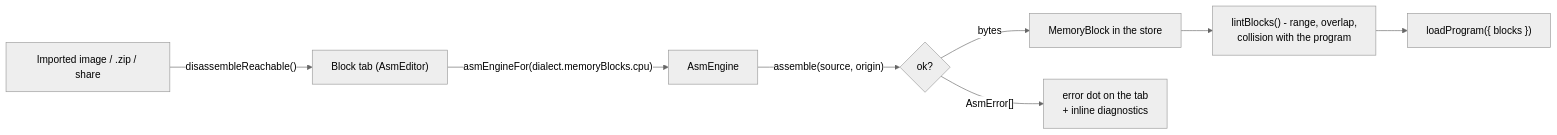
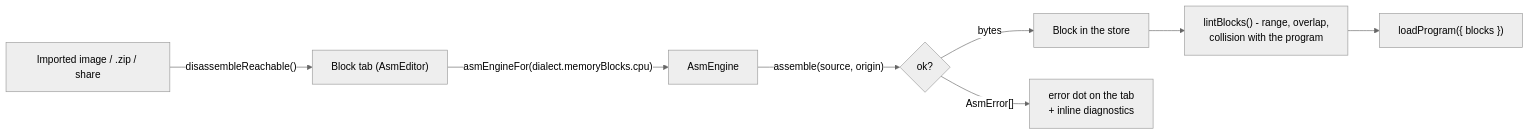
Before and after one commit to seanhodges/basically: the sixth of 9 diagrams in docs/contributing/architecture.md, drawn with Mermaid (neutral theme). The commit also changed other lines of this file and 18 other files, not shown here.

````diff
--- a/docs/contributing/architecture.md
+++ b/docs/contributing/architecture.md
@@ -559,10 +596,10 @@
 ```mermaid
 flowchart LR
   tab["Block tab (AsmEditor)"] -->|"asmEngineFor(dialect.memoryBlocks.cpu)"| eng["AsmEngine"]
   eng -->|"assemble(source, origin)"| ok{"ok?"}
-  ok -->|"bytes"| blk["MemoryBlock in the store"]
+  ok -->|"bytes"| blk["Block in the store"]
   ok -->|"AsmError[]"| dot["error dot on the tab<br/>+ inline diagnostics"]
   imp["Imported image / .zip / share"] -->|"disassembleReachable()"| tab
   blk --> lintb["lintBlocks() - range, overlap,<br/>collision with the program"]
   lintb --> run["loadProgram({ blocks })"]
 ```
````
